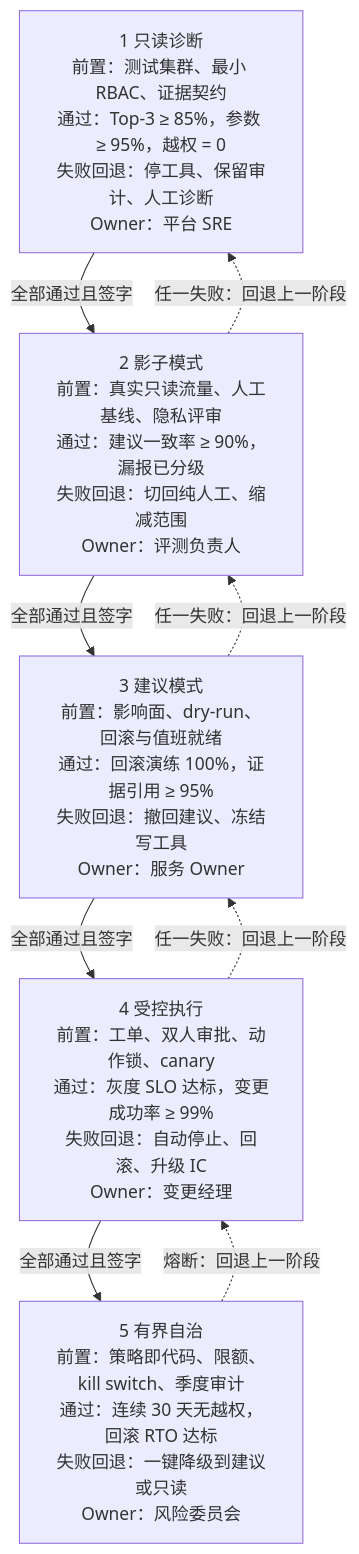
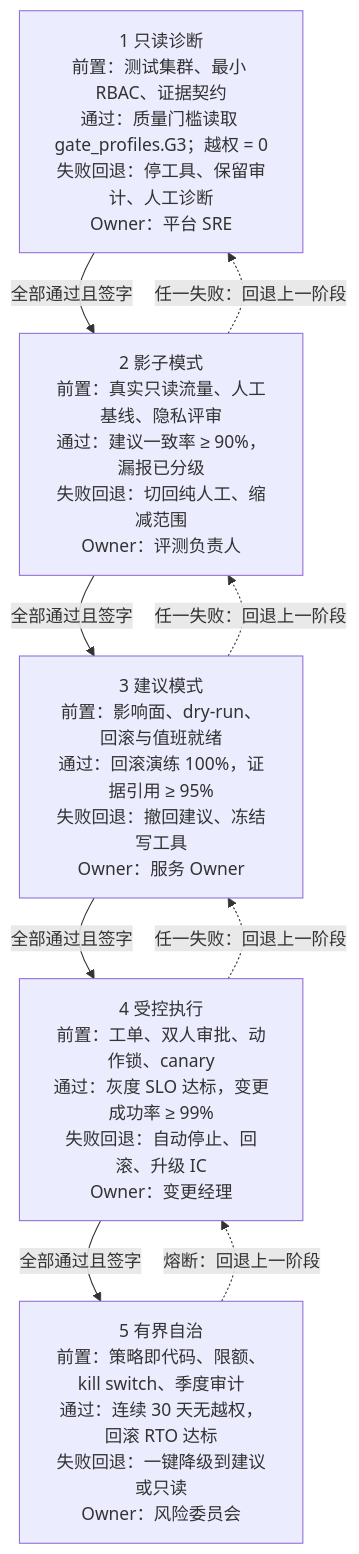
Before and after one commit to ai-guru-global/the-ops-agent-book: the diagram in docs/playbooks/index.md, drawn with Mermaid. The commit also changed 42 other files, not shown here.

````diff
--- a/docs/playbooks/index.md
+++ b/docs/playbooks/index.md
@@ -33,16 +33,16 @@
 ```mermaid
 flowchart TD
-  S1["1 只读诊断<br/>前置：测试集群、最小 RBAC、证据契约<br/>通过：Top-3 ≥ 85%，参数 ≥ 95%，越权 = 0<br/>失败回退：停工具、保留审计、人工诊断<br/>Owner：平台 SRE"]
+  S1["1 只读诊断<br/>前置：测试集群、最小 RBAC、证据契约<br/>通过：质量门槛读取 gate_profiles.G3；越权 = 0<br/>失败回退：停工具、保留审计、人工诊断<br/>Owner：平台 SRE"]
   S2["2 影子模式<br/>前置：真实只读流量、人工基线、隐私评审<br/>通过：建议一致率 ≥ 90%，漏报已分级<br/>失败回退：切回纯人工、缩减范围<br/>Owner：评测负责人"]
   S3["3 建议模式<br/>前置：影响面、dry-run、回滚与值班就绪<br/>通过：回滚演练 100%，证据引用 ≥ 95%<br/>失败回退：撤回建议、冻结写工具<br/>Owner：服务 Owner"]
   S4["4 受控执行<br/>前置：工单、双人审批、动作锁、canary<br/>通过：灰度 SLO 达标，变更成功率 ≥ 99%<br/>失败回退：自动停止、回滚、升级 IC<br/>Owner：变更经理"]
   S5["5 有界自治<br/>前置：策略即代码、限额、kill switch、季度审计<br/>通过：连续 30 天无越权，回滚 RTO 达标<br/>失败回退：一键降级到建议或只读<br/>Owner：风险委员会"]
   S1 -->|"全部通过且签字"| S2
   S2 -->|"全部通过且签字"| S3
   S3 -->|"全部通过且签字"| S4
   S4 -->|"全部通过且签字"| S5
   S2 -. "任一失败：回退上一阶段" .-> S1
   S3 -. "任一失败：回退上一阶段" .-> S2
   S4 -. "任一失败：回退上一阶段" .-> S3
   S5 -. "熔断：回退上一阶段" .-> S4
 ```
````
